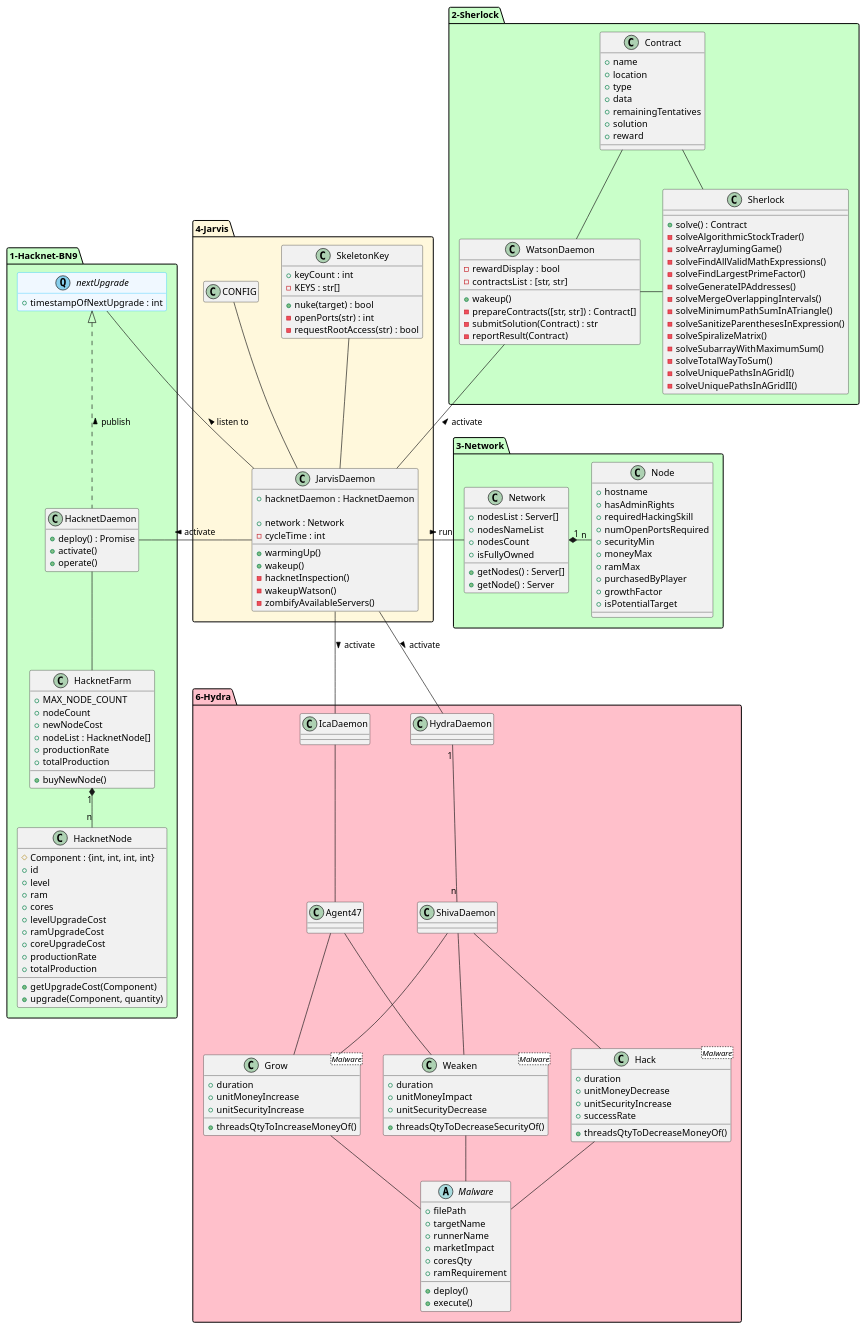
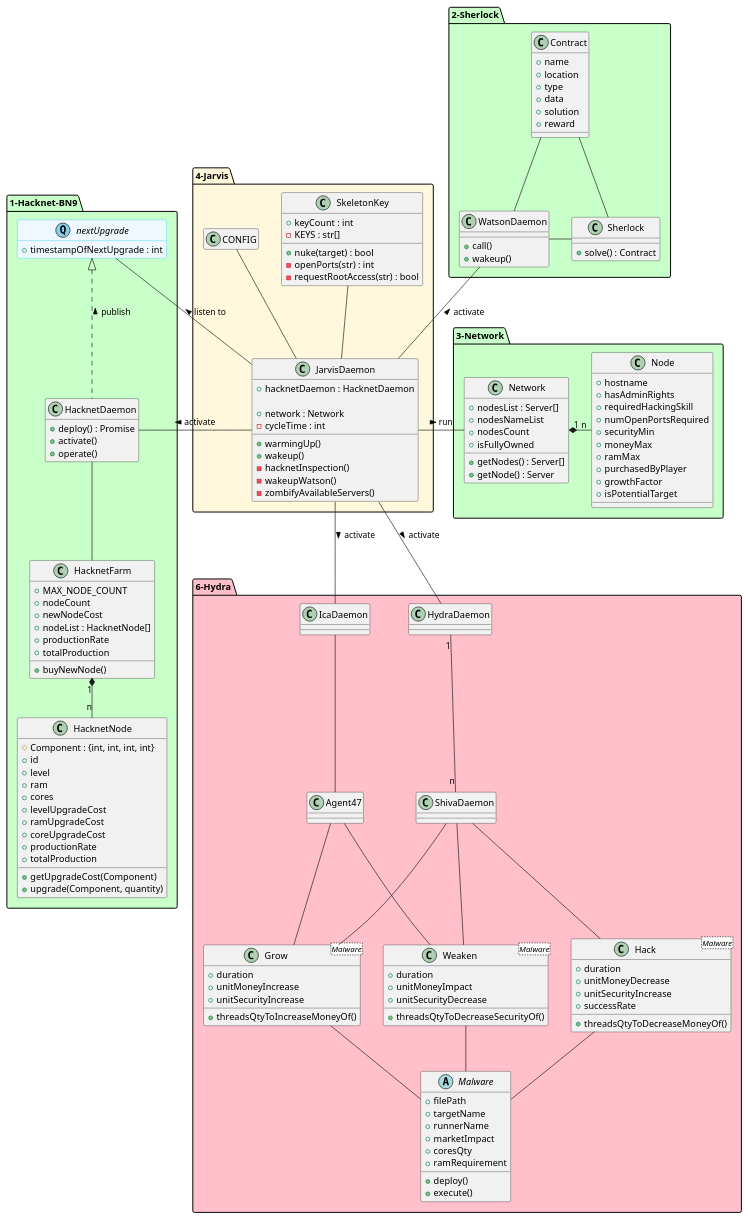
One commit to Desvart/bitburner changed the diagram in doc/class-diagram.iuml. Above: the diagram before and after it, drawn with PlantUML. The commit also changed 6 other files, not shown here.

```diff
--- a/doc/class-diagram.iuml
+++ b/doc/class-diagram.iuml
@@ -48,13 +48,8 @@
 package 2-Sherlock #technology{
 
   class WatsonDaemon {
-    -rewardDisplay : bool
-    -contractsList : [str, str]
-
+    +call()
     +wakeup()
-    -prepareContracts([str, str]) : Contract[]
-    -submitSolution(Contract) : str
-    -reportResult(Contract)
   }
 
   class Contract {
@@ -62,27 +57,12 @@
     +location
     +type
     +data
-    +remainingTentatives
     +solution
     +reward
   }
 
   class Sherlock {
-
     +solve() : Contract
-    -solveAlgorithmicStockTrader()
-    -solveArrayJumingGame()
-    -solveFindAllValidMathExpressions()
-    -solveFindLargestPrimeFactor()
-    -solveGenerateIPAddresses()
-    -solveMergeOverlappingIntervals()
-    -solveMinimumPathSumInATriangle()
-    -solveSanitizeParenthesesInExpression()
-    -solveSpiralizeMatrix()
-    -solveSubarrayWithMaximumSum()
-    -solveTotalWayToSum()
-    -solveUniquePathsInAGridI()
-    -solveUniquePathsInAGridII()
   }
 }
 
```
